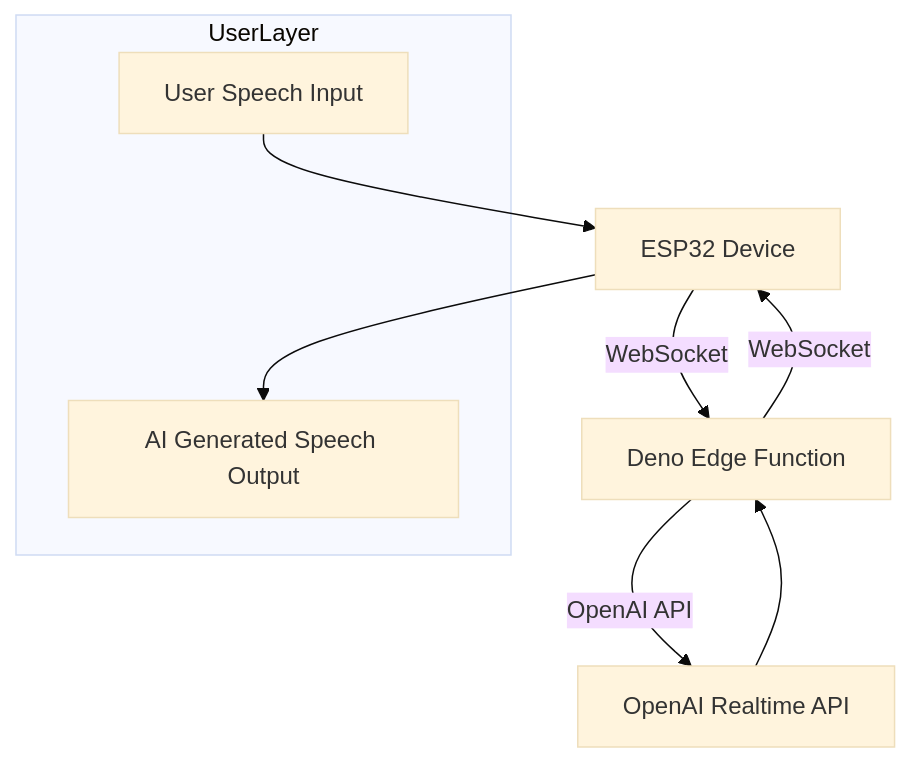
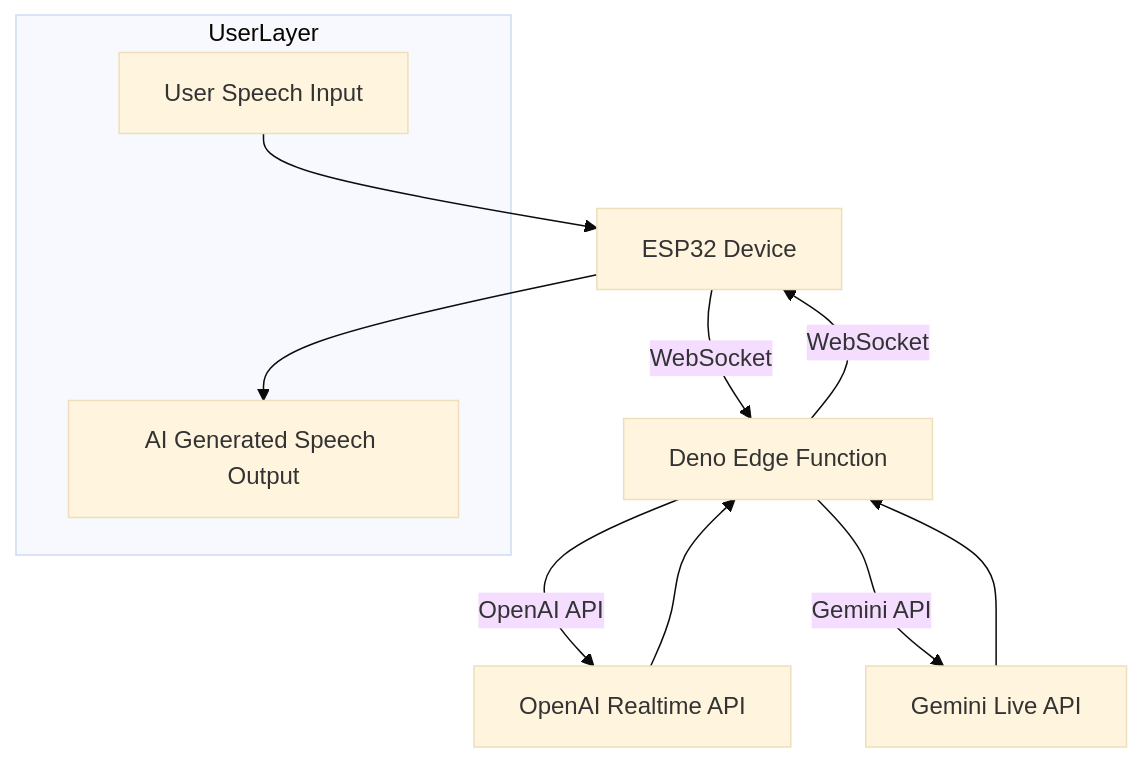
One commit to presetslrdev/ElatoAI changed the first of 2 diagrams in README.md. Above: the diagram before and after it, drawn with Mermaid (base theme). The commit also changed other lines of this file and 18 other files, not shown here.

````diff
--- a/README.md
+++ b/README.md
@@ -193,14 +204,16 @@
 ```mermaid
 flowchart TD
   subgraph UserLayer
     UserInput[User Speech Input]
     UserOutput[AI Generated Speech Output]
   end
   
   UserInput --> ESP32
   ESP32[ESP32 Device] -->|WebSocket| Edge[Deno Edge Function]
   Edge -->|OpenAI API| OpenAI[OpenAI Realtime API]
+  Edge -->|Gemini API| Gemini[Gemini Live API]
   OpenAI --> Edge
+  Gemini --> Edge
   Edge -->|WebSocket| ESP32
   ESP32 --> UserOutput
 ```
````
